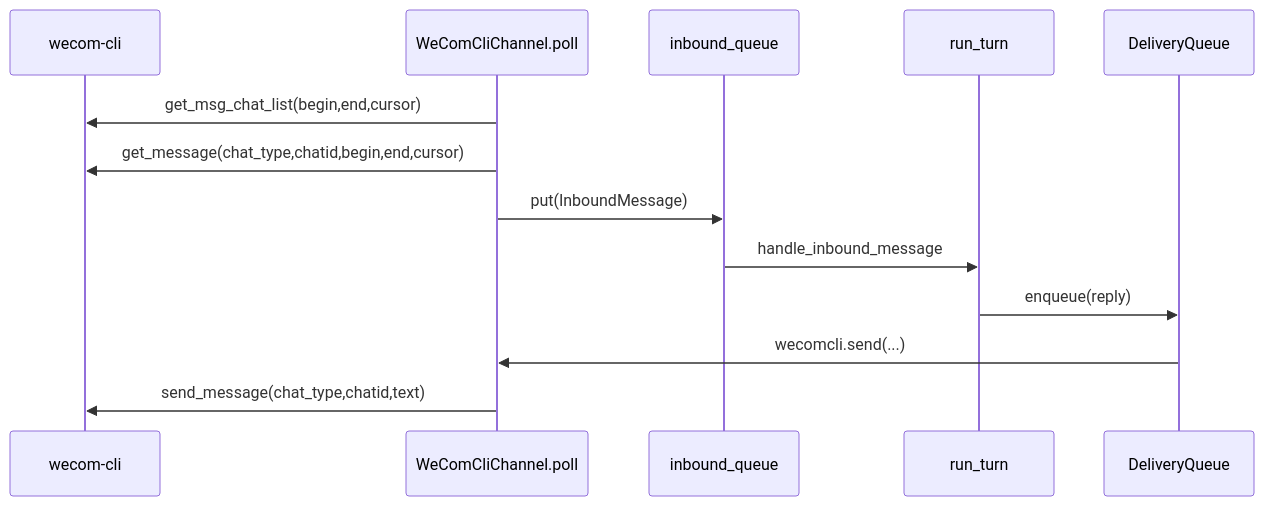
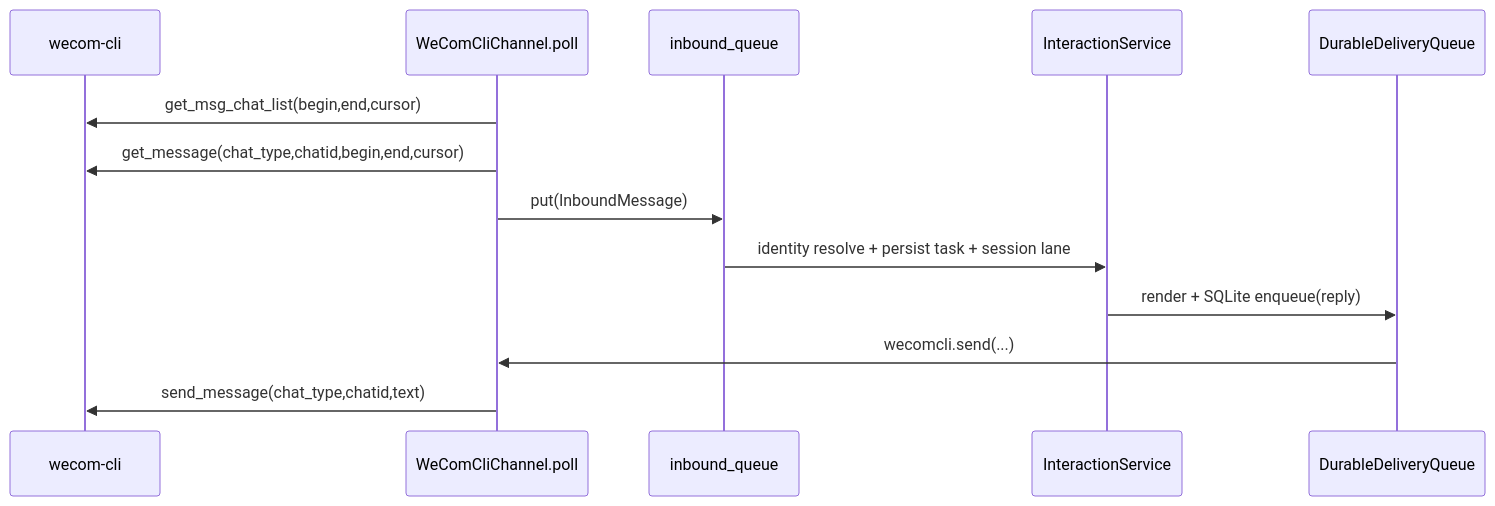
The first of 2 diagrams in docs/wecom-channel-cli-skills-deep-dive.md (ChampLong29/tinyClaw), drawn with Mermaid before and after one commit. The commit also changed other lines of this file and 6 other files, not shown here.

````diff
--- a/docs/wecom-channel-cli-skills-deep-dive.md
+++ b/docs/wecom-channel-cli-skills-deep-dive.md
@@ -353,16 +365,16 @@
 ```mermaid
 sequenceDiagram
   participant WC as wecom-cli
   participant Poll as WeComCliChannel.poll
   participant Q as inbound_queue
-  participant Agent as run_turn
-  participant DQ as DeliveryQueue
+  participant Task as InteractionService
+  participant DQ as DurableDeliveryQueue
 
   Poll->>WC: get_msg_chat_list(begin,end,cursor)
   Poll->>WC: get_message(chat_type,chatid,begin,end,cursor)
   Poll->>Q: put(InboundMessage)
-  Q->>Agent: handle_inbound_message
-  Agent->>DQ: enqueue(reply)
+  Q->>Task: identity resolve + persist task + session lane
+  Task->>DQ: render + SQLite enqueue(reply)
   DQ->>Poll: wecomcli.send(...)
   Poll->>WC: send_message(chat_type,chatid,text)
 ```
````
